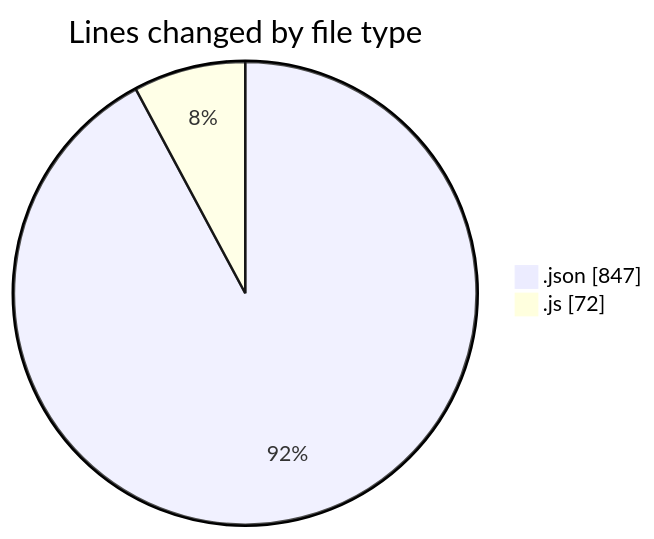
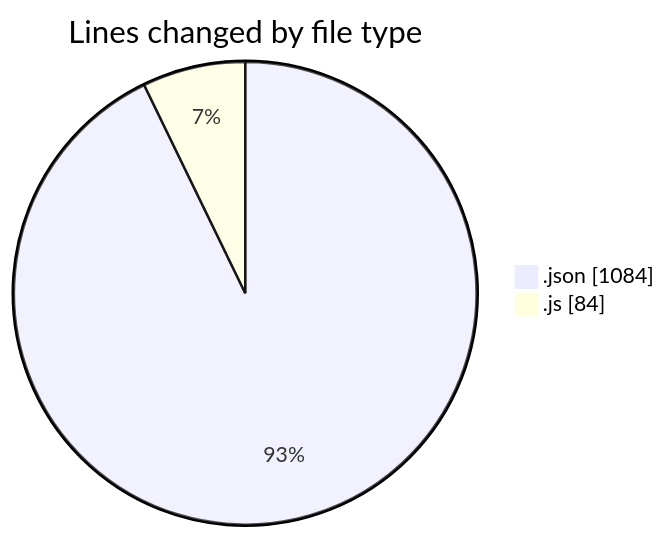
One commit to lephambinh05/code-tracking changed the first of 2 diagrams in 2025-07-10/getmailotp/README.md. Above: the diagram before and after it, drawn with Mermaid. The commit also changed other lines of this file and 1 other file, not shown here.

````diff
--- a/2025-07-10/getmailotp/README.md
+++ b/2025-07-10/getmailotp/README.md
@@ -21,6 +21,6 @@
 ```mermaid
 pie showData
 title Lines changed by file type
-".json" : 847
-".js" : 72
+".json" : 1084
+".js" : 84
 ```
````
